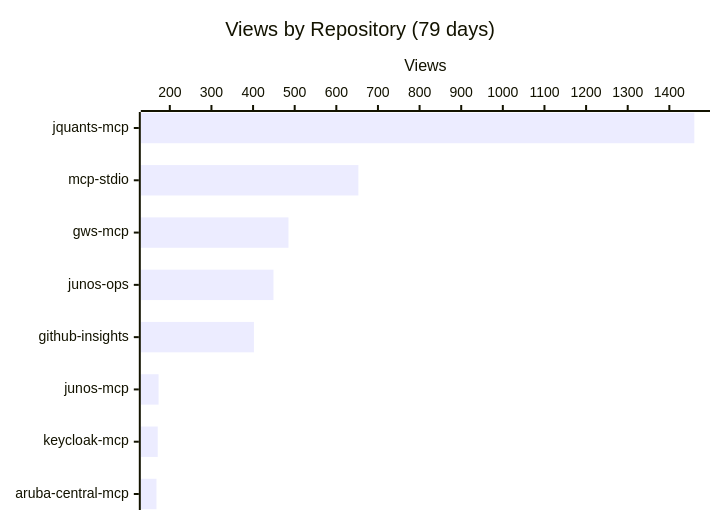
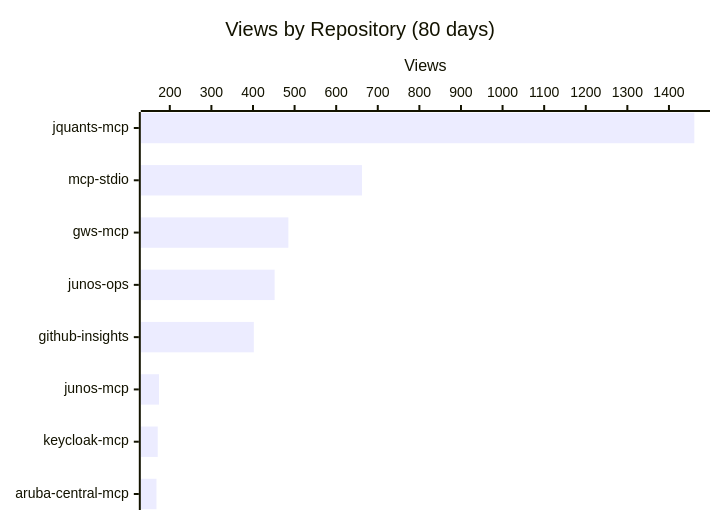
Before and after one commit to shigechika/github-insights: the first of 3 diagrams in README.md, drawn with Mermaid. The commit also changed other lines of this file and 2 other files, not shown here.

````diff
--- a/README.md
+++ b/README.md
@@ -18,7 +18,7 @@
 ```mermaid
 xychart-beta horizontal
-    title "Views by Repository (79 days)"
+    title "Views by Repository (80 days)"
     x-axis ["jquants-mcp", "mcp-stdio", "gws-mcp", "junos-ops", "github-insights", "junos-mcp", "keycloak-mcp", "aruba-central-mcp"]
     y-axis "Views"
-    bar [1460, 653, 485, 449, 402, 173, 171, 168]
+    bar [1461, 662, 485, 452, 402, 174, 171, 168]
 ```
````
